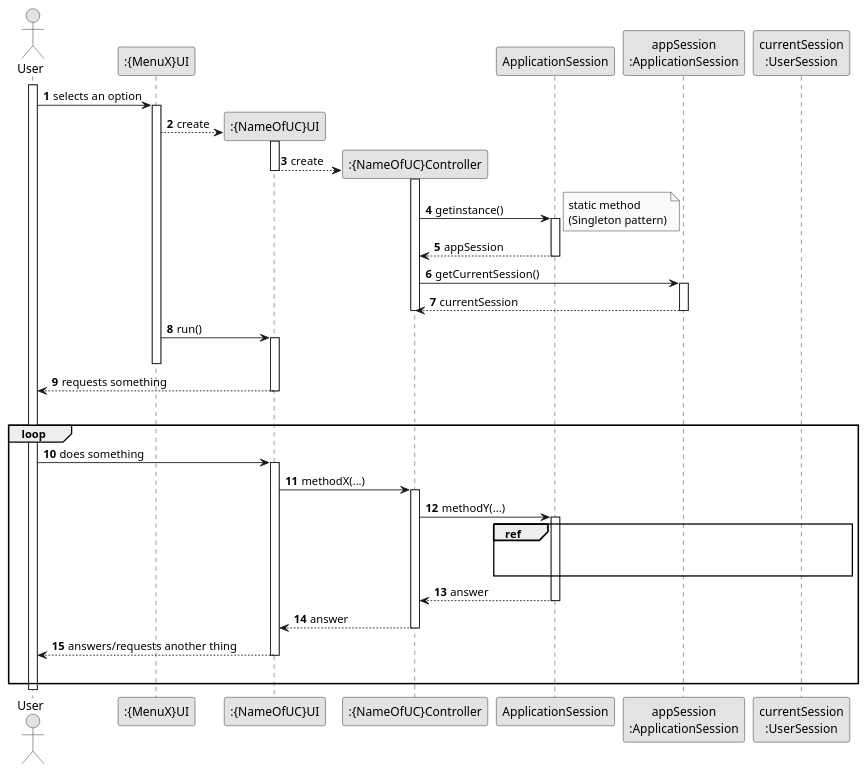
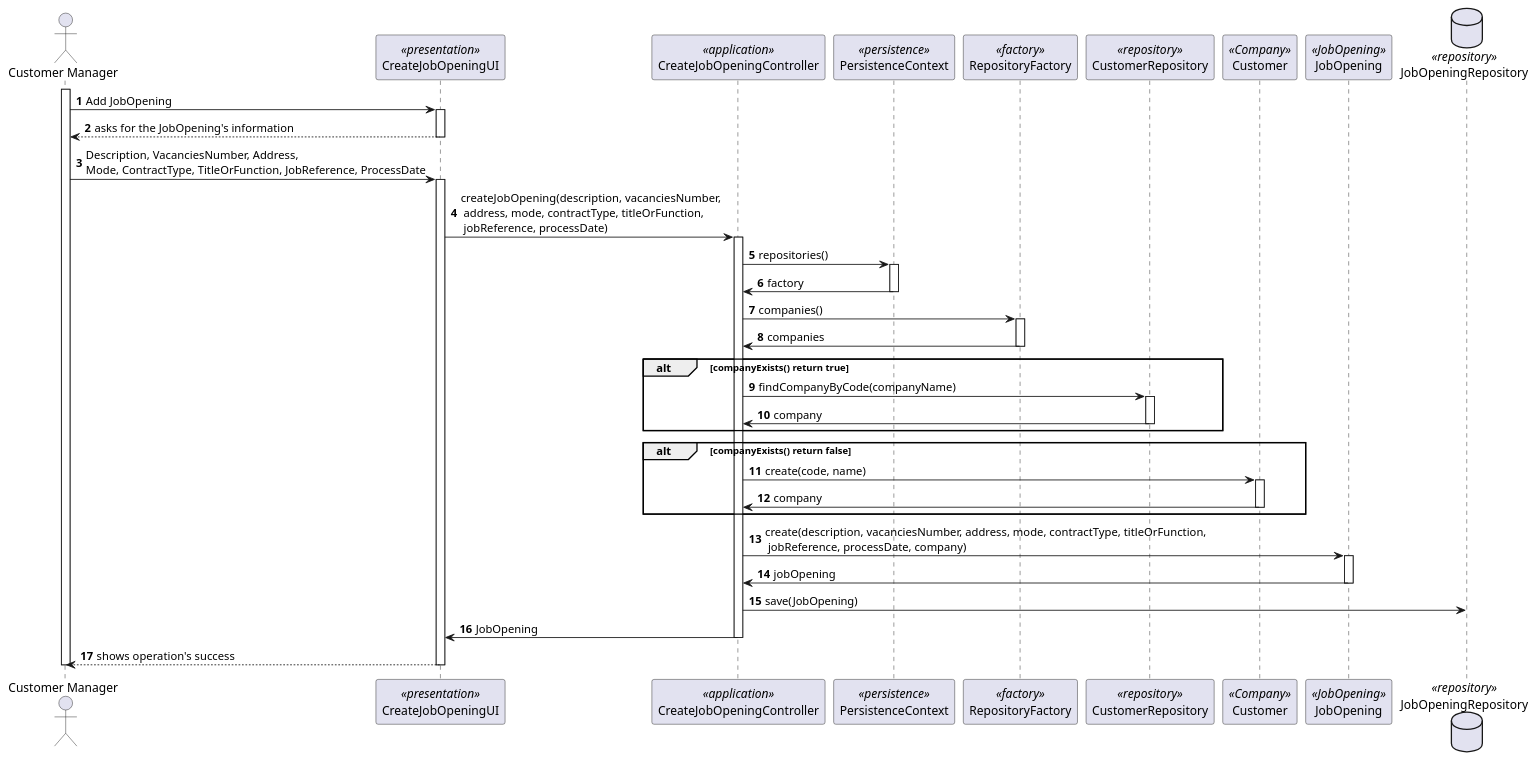
Before and after one commit to MiguelCardoso77/LAPR4: the diagram in docs/SprintB/1002/1002-sequence-diagram-overview.puml, drawn with PlantUML.

Commit message:
#10 - sequence diagram

```diff
--- a/docs/SprintB/1002/1002-sequence-diagram-overview.puml
+++ b/docs/SprintB/1002/1002-sequence-diagram-overview.puml
@@ -1,75 +1,87 @@
 @startuml
-skinparam monochrome true
-skinparam packageStyle rectangle
-skinparam shadowing false
-
 autonumber
 
-'hide footbox
-actor "User" as USER
-participant ":{MenuX}UI" as MENU
-participant ":{NameOfUC}UI" as UCNAMEUI
-participant ":{NameOfUC}Controller" as CTRL
-participant "ApplicationSession" as APPSESSIONC
-participant "appSession\n:ApplicationSession" as APPSESSIONI
-participant "currentSession\n:UserSession" as CURSESSION
 
-activate USER
+actor "Customer Manager" as CM
+participant CreateJobOpeningUI <<presentation>>
+participant CreateJobOpeningController<<application>>
+participant PersistenceContext<<persistence>>
+participant RepositoryFactory<<factory>>
+participant CustomerRepository <<repository>>
+participant Customer <<Company>>
+participant JobOpening <<JobOpening>>
+database JobOpeningRepository <<repository>>
 
-    USER -> MENU : selects an option
-    activate MENU
-        MENU --> UCNAMEUI** : create
-        activate UCNAMEUI
-
-            UCNAMEUI --> CTRL** : create
-        deactivate UCNAMEUI
-
-        activate CTRL
-            CTRL -> APPSESSIONC : getinstance()
-            note right
-                static method
-                (Singleton pattern)
-            end note
-            activate APPSESSIONC
-                APPSESSIONC --> CTRL : appSession 
-            deactivate APPSESSIONC
-
-            CTRL -> APPSESSIONI : getCurrentSession()
-            activate APPSESSIONI
-                APPSESSIONI --> CTRL : currentSession
-            deactivate APPSESSIONI
-        deactivate CTRL
-
-        MENU -> UCNAMEUI : run()
-        activate UCNAMEUI
-    deactivate MENU
-
-            UCNAMEUI --> USER : requests something
-            |||
-        deactivate UCNAMEUI
-
-    loop
-        USER -> UCNAMEUI : does something
-        activate UCNAMEUI
-            UCNAMEUI -> CTRL : methodX(...)
-            activate CTRL
-                CTRL -> APPSESSIONC : methodY(...)
-                activate APPSESSIONC
-                    ref over APPSESSIONC,APPSESSIONI,CURSESSION
+activate CM
 
 
-                    end ref
-                    APPSESSIONC --> CTRL : answer
-                deactivate APPSESSIONC
+    CM -> CreateJobOpeningUI: Add JobOpening
 
-                CTRL --> UCNAMEUI : answer
-            deactivate CTRL
+        activate CreateJobOpeningUI
 
-            UCNAMEUI --> USER : answers/requests another thing
-            |||
-        deactivate UCNAMEUI
-    end loop
+    CreateJobOpeningUI --> CM: asks for the JobOpening's information
 
-deactivate USER
+        deactivate CreateJobOpeningUI
+
+    CM -> CreateJobOpeningUI : Description, VacanciesNumber, Address, \nMode, ContractType, TitleOrFunction, JobReference, ProcessDate
+
+        activate CreateJobOpeningUI
+
+    CreateJobOpeningUI -> CreateJobOpeningController: createJobOpening(description, vacanciesNumber, \n address, mode, contractType, titleOrFunction, \n jobReference, processDate)
+
+        activate CreateJobOpeningController
+
+    CreateJobOpeningController -> PersistenceContext : repositories()
+
+        activate PersistenceContext
+
+    PersistenceContext -> CreateJobOpeningController : factory
+
+        deactivate PersistenceContext
+
+    CreateJobOpeningController -> RepositoryFactory : companies()
+
+        activate RepositoryFactory
+
+    RepositoryFactory -> CreateJobOpeningController : companies
+
+        deactivate RepositoryFactory
+
+alt companyExists() return true
+
+    CreateJobOpeningController -> CustomerRepository : findCompanyByCode(companyName)
+        activate CustomerRepository
+
+    CustomerRepository -> CreateJobOpeningController : company
+        deactivate CustomerRepository
+end alt
+
+
+alt companyExists() return false
+    CreateJobOpeningController -> Customer: create(code, name)
+        activate Customer
+
+    Customer -> CreateJobOpeningController: company
+        deactivate Customer
+end alt
+
+    CreateJobOpeningController -> JobOpening: create(description, vacanciesNumber, address, mode, contractType, titleOrFunction, \n jobReference, processDate, company)
+
+        activate JobOpening
+
+    JobOpening -> CreateJobOpeningController: jobOpening
+        deactivate JobOpening
+
+    CreateJobOpeningController -> JobOpeningRepository : save(JobOpening)
+
+    CreateJobOpeningController -> CreateJobOpeningUI : JobOpening
+
+        deactivate CreateJobOpeningController
+
+    CreateJobOpeningUI --> CM : shows operation's success
+
+        deactivate CreateJobOpeningUI
+
+        deactivate CM
 
 @enduml
```
